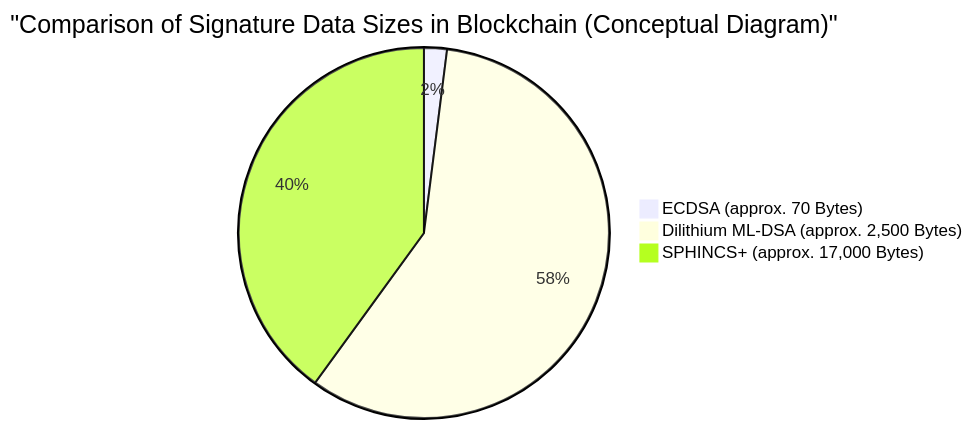
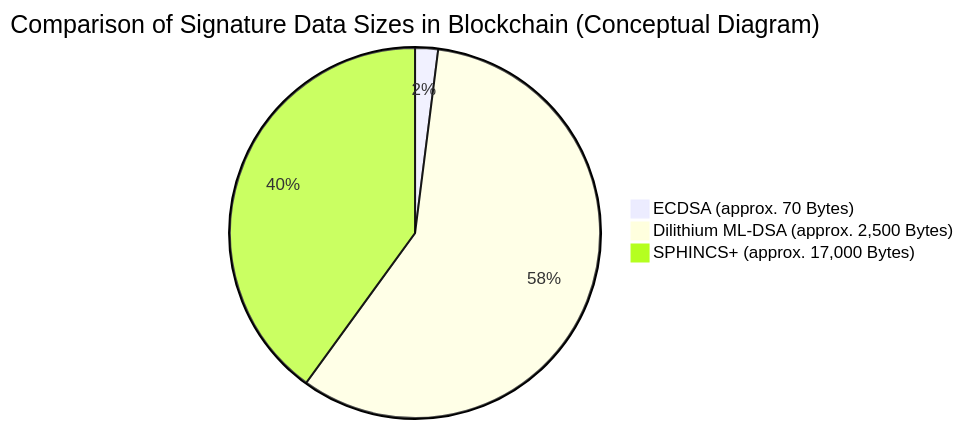
One commit to kenjinote/blog changed the third of 3 diagrams in content/post/ポスト量子時代のブロックチェーン/index.en.md. Above: the diagram before and after it, drawn with Mermaid. The commit also changed other lines of this file and 703 other files, not shown here.

Commit message:
Fix: Remove quotes from Mermaid link texts and timeline definitions to support Mermaid 11.4.1

````diff
--- a/content/post/ポスト量子時代のブロックチェーン/index.en.md
+++ b/content/post/ポスト量子時代のブロックチェーン/index.en.md
@@ -277,6 +277,6 @@
 ```mermaid
-pie title "Comparison of Signature Data Sizes in Blockchain (Conceptual Diagram)"
+pie title Comparison of Signature Data Sizes in Blockchain (Conceptual Diagram)
     "ECDSA (approx. 70 Bytes)" : 2
     "Dilithium ML-DSA (approx. 2,500 Bytes)" : 58
     "SPHINCS+ (approx. 17,000 Bytes)" : 40
 ```
````
